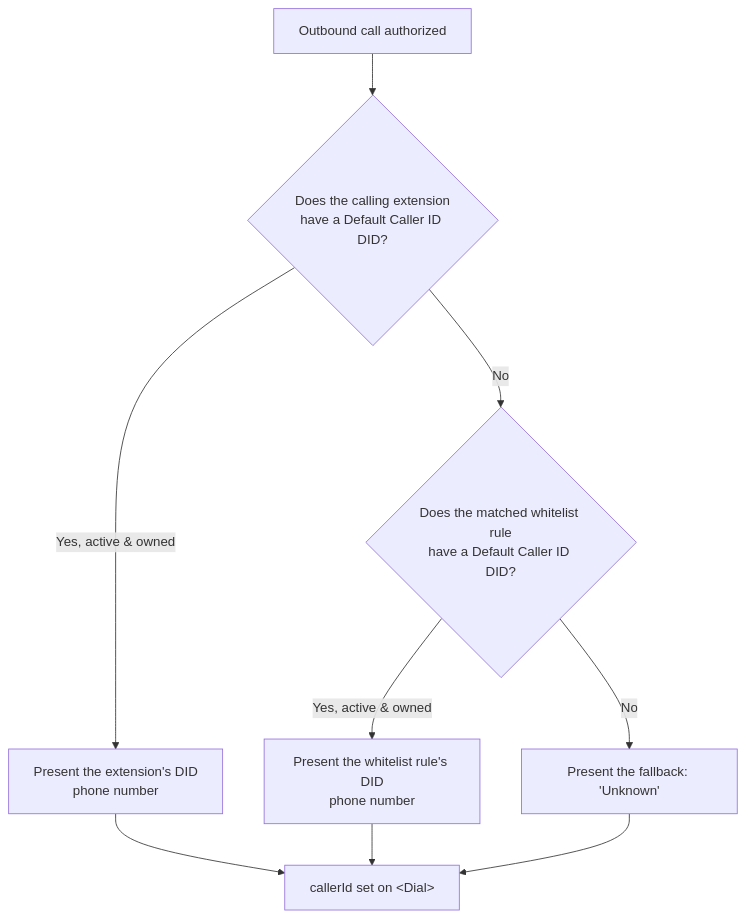
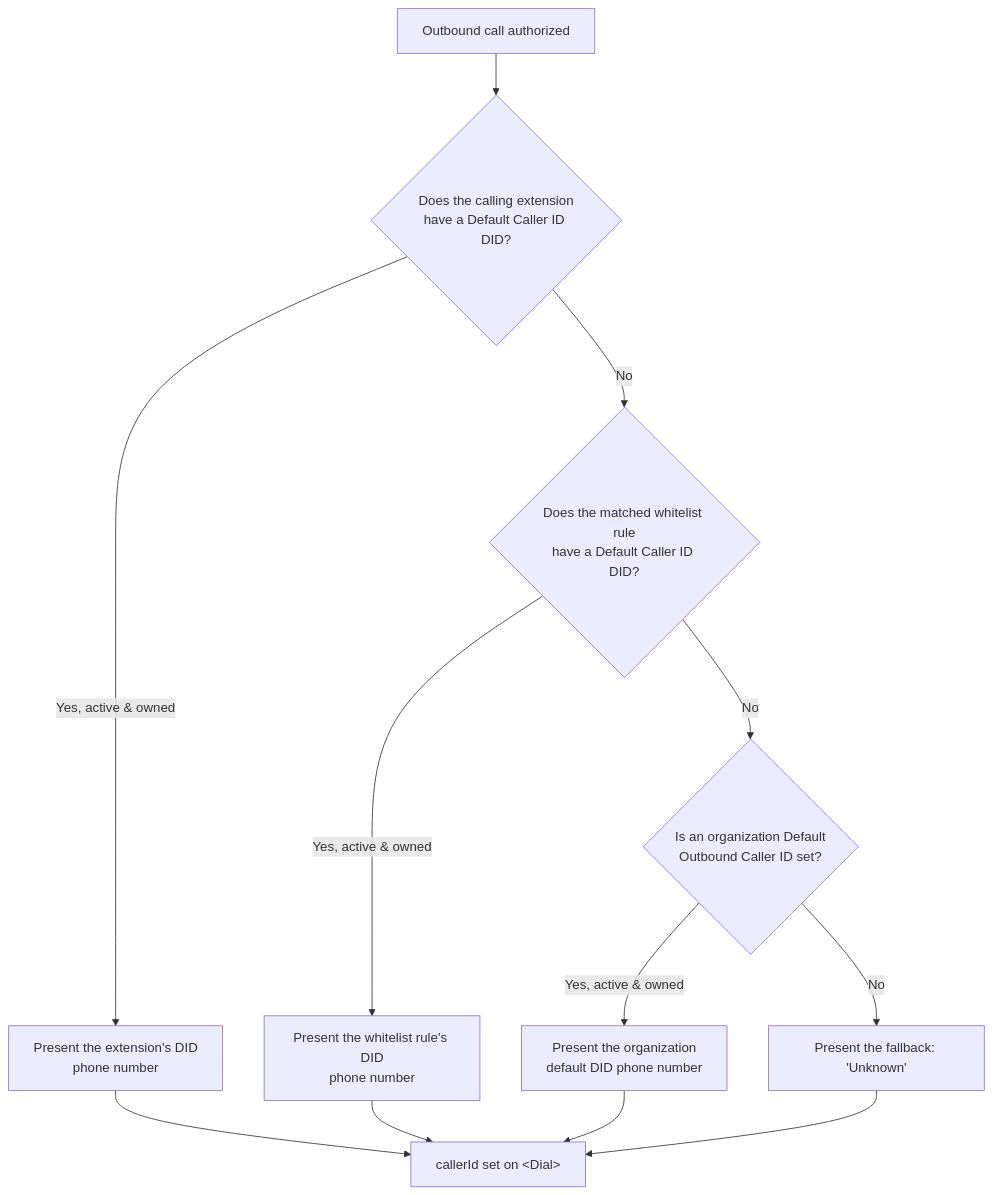
The second of 2 diagrams in docs/opbx-userguide/installation/outbound-calling-overview.mdx (greenfieldtech-nirs/opbx), drawn with Mermaid before and after one commit. The commit also changed other lines of this file and 9 other files, not shown here.

Commit message:
fix(voice-routing): restore organization default outbound caller ID as third caller ID source

````diff
--- a/docs/opbx-userguide/installation/outbound-calling-overview.mdx
+++ b/docs/opbx-userguide/installation/outbound-calling-overview.mdx
@@ -61,12 +61,15 @@
 ```mermaid
 graph TD
     A[Outbound call authorized] --> B{Does the calling extension<br/>have a Default Caller ID DID?}
     B -->|Yes, active & owned| C["Present the extension's DID<br/>phone number"]
     B -->|No| D{Does the matched whitelist rule<br/>have a Default Caller ID DID?}
     D -->|Yes, active & owned| E["Present the whitelist rule's DID<br/>phone number"]
-    D -->|No| F["Present the fallback: 'Unknown'"]
+    D -->|No| G{Is an organization Default<br/>Outbound Caller ID set?}
+    G -->|Yes, active & owned| H["Present the organization<br/>default DID phone number"]
+    G -->|No| F["Present the fallback: 'Unknown'"]
 
     C --> Z[callerId set on &lt;Dial&gt;]
     E --> Z
+    H --> Z
     F --> Z
 ```
````
